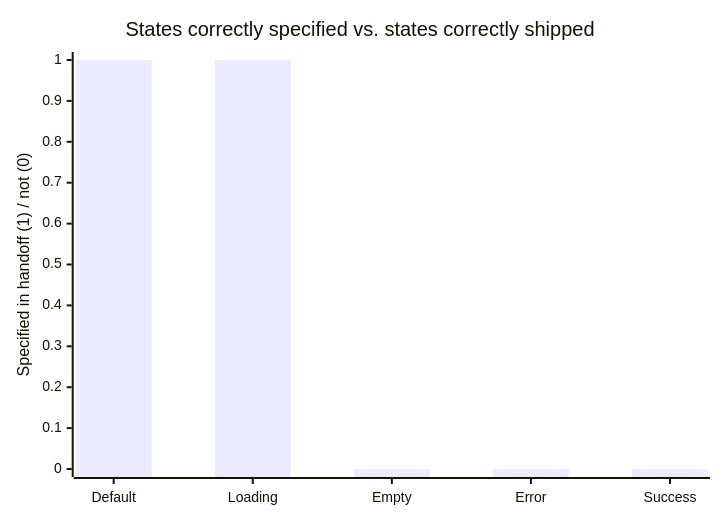
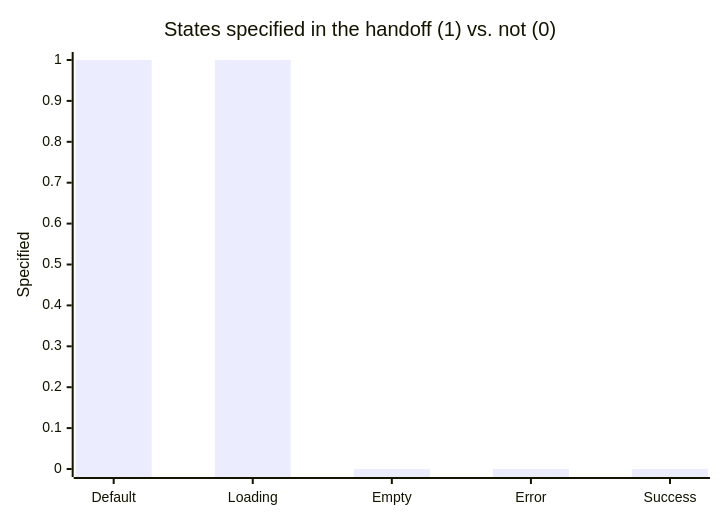
The first of 2 diagrams in src/content/design/design-engineering-handoff/L3-deep-dive.mdx (francoandreDev/knowledge), drawn with Mermaid before and after one commit. The commit also changed other lines of this file and 16 other files, not shown here.

````diff
--- a/src/content/design/design-engineering-handoff/L3-deep-dive.mdx
+++ b/src/content/design/design-engineering-handoff/L3-deep-dive.mdx
@@ -68,7 +72,7 @@
 ```mermaid
 xychart-beta
-    title "States correctly specified vs. states correctly shipped"
+    title "States specified in the handoff (1) vs. not (0)"
     x-axis ["Default", "Loading", "Empty", "Error", "Success"]
-    y-axis "Specified in handoff (1) / not (0)" 0 --> 1
+    y-axis "Specified" 0 --> 1
     bar [1, 1, 0, 0, 0]
 ```
````
